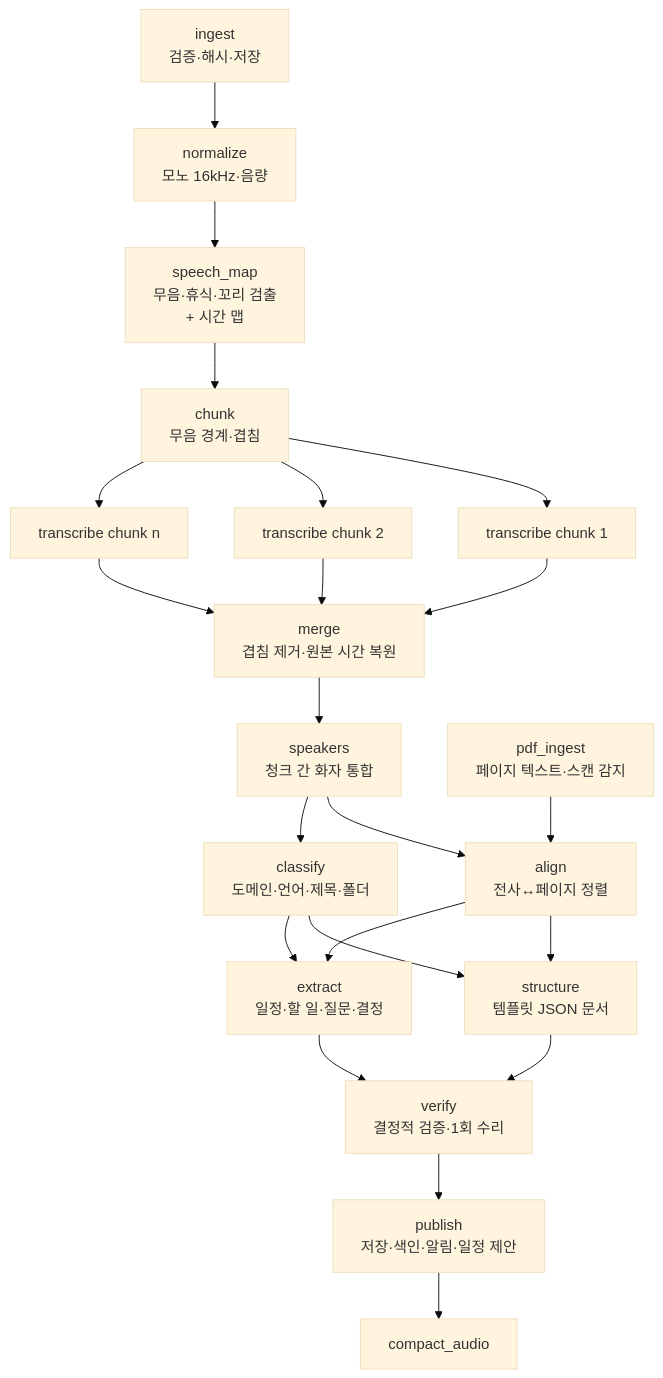
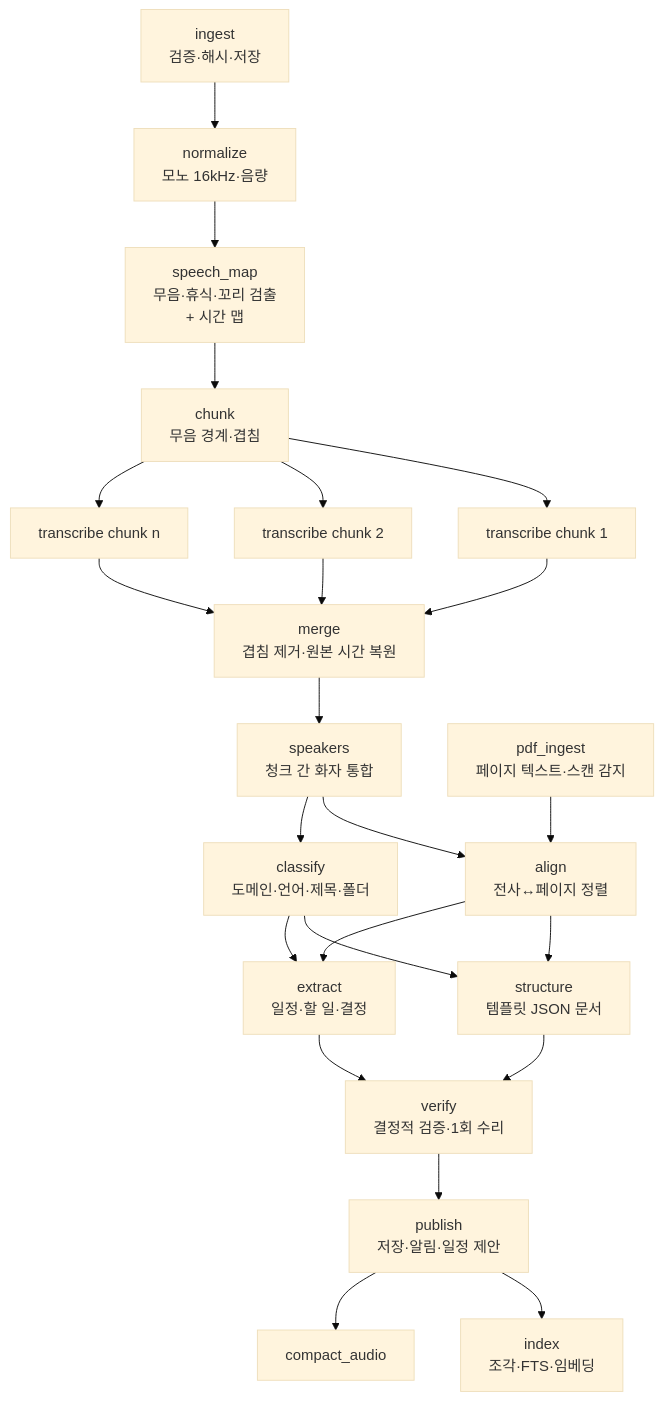
Before and after one commit to eunhhu/lectern: the first of 2 diagrams in docs/v2/AI_HARNESS.md, drawn with Mermaid (base theme). The commit also changed other lines of this file and 5 other files, not shown here.

First line of the commit message:
docs(ask): ADR-0009 물어보기 RAG; drop review questions from the roadmap

````diff
--- a/docs/v2/AI_HARNESS.md
+++ b/docs/v2/AI_HARNESS.md
@@ -25,22 +25,23 @@
 ```mermaid
 flowchart TD
   A[ingest<br/>검증·해시·저장] --> B[normalize<br/>모노 16kHz·음량]
   B --> C[speech_map<br/>무음·휴식·꼬리 검출<br/>+ 시간 맵]
   C --> D[chunk<br/>무음 경계·겹침]
   D --> E1[transcribe chunk 1]
   D --> E2[transcribe chunk 2]
   D --> En[transcribe chunk n]
   E1 & E2 & En --> F[merge<br/>겹침 제거·원본 시간 복원]
   F --> G[speakers<br/>청크 간 화자 통합]
   P[pdf_ingest<br/>페이지 텍스트·스캔 감지] --> Q[align<br/>전사↔페이지 정렬]
   G --> Q
   G --> H[classify<br/>도메인·언어·제목·폴더]
   H --> I[structure<br/>템플릿 JSON 문서]
   Q --> I
-  H --> J[extract<br/>일정·할 일·질문·결정]
+  H --> J[extract<br/>일정·할 일·결정]
   Q --> J
   I --> K[verify<br/>결정적 검증·1회 수리]
   J --> K
-  K --> L[publish<br/>저장·색인·알림·일정 제안]
+  K --> L[publish<br/>저장·알림·일정 제안]
+  L --> X[index<br/>조각·FTS·임베딩]
   L --> M[compact_audio]
 ```
````
